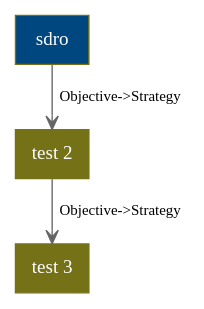
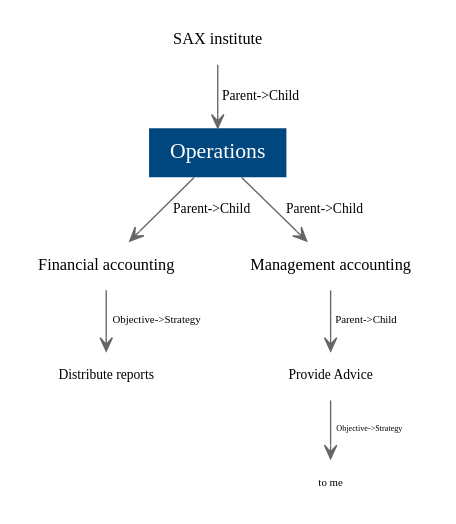
The diagram in public/mickdot.dot (mickmioduszewski/digraph-rails), drawn with Graphviz before and after one commit. The commit also changed 7 other files, not shown here.

Commit message:
make variable graph font size

```diff
--- a/public/mickdot.dot
+++ b/public/mickdot.dot
@@ -1,9 +1,17 @@
 digraph G { 
-edge [color="#666666", arrowhead="open", fontname="Trebuchet MS", fontsize="11"] 
-node [color="#757116", style=filled, shape=box, fontname="Trebuchet MS", fontcolor="White"]
-n1 [URL="/nodes/1",  label="sdro", style=filled fillcolor="#00477f"]
-n3 [URL="/nodes/3",  label="test 2"]
-n5 [URL="/nodes/5",  label="test 3"]
-n1 -> n3 [URL="/edges/2",  label="Objective->Strategy"]
-n3 -> n5 [URL="/edges/6",  label="Objective->Strategy"]
+edge [color="#666666", arrowhead="open", fontname="Trebuchet MS"] 
+node [shape=plaintext, fontname="Trebuchet MS"]
+n14 [URL="/nodes/14",  label="Operations", fontsize="16", style=filled fillcolor="#00477f", fontcolor="White"]
+n13 [URL="/nodes/13",  label="SAX institute", fontsize="12"]
+n15 [URL="/nodes/15",  label="Financial accounting", fontsize="12"]
+n18 [URL="/nodes/18",  label="Distribute reports", fontsize="10"]
+n16 [URL="/nodes/16",  label="Management accounting", fontsize="12"]
+n17 [URL="/nodes/17",  label="Provide Advice ", fontsize="10"]
+n20 [URL="/nodes/20",  label="to me", fontsize="8"]
+n13 -> n14 [URL="/edges/16",  label="Parent->Child", fontsize="10"]
+n14 -> n15 [URL="/edges/17",  label="Parent->Child", fontsize="10"]
+n15 -> n18 [URL="/edges/20",  label="Objective->Strategy", fontsize="8"]
+n14 -> n16 [URL="/edges/18",  label="Parent->Child", fontsize="10"]
+n16 -> n17 [URL="/edges/19",  label="Parent->Child", fontsize="8"]
+n17 -> n20 [URL="/edges/25",  label="Objective->Strategy", fontsize="6"]
   }
```
